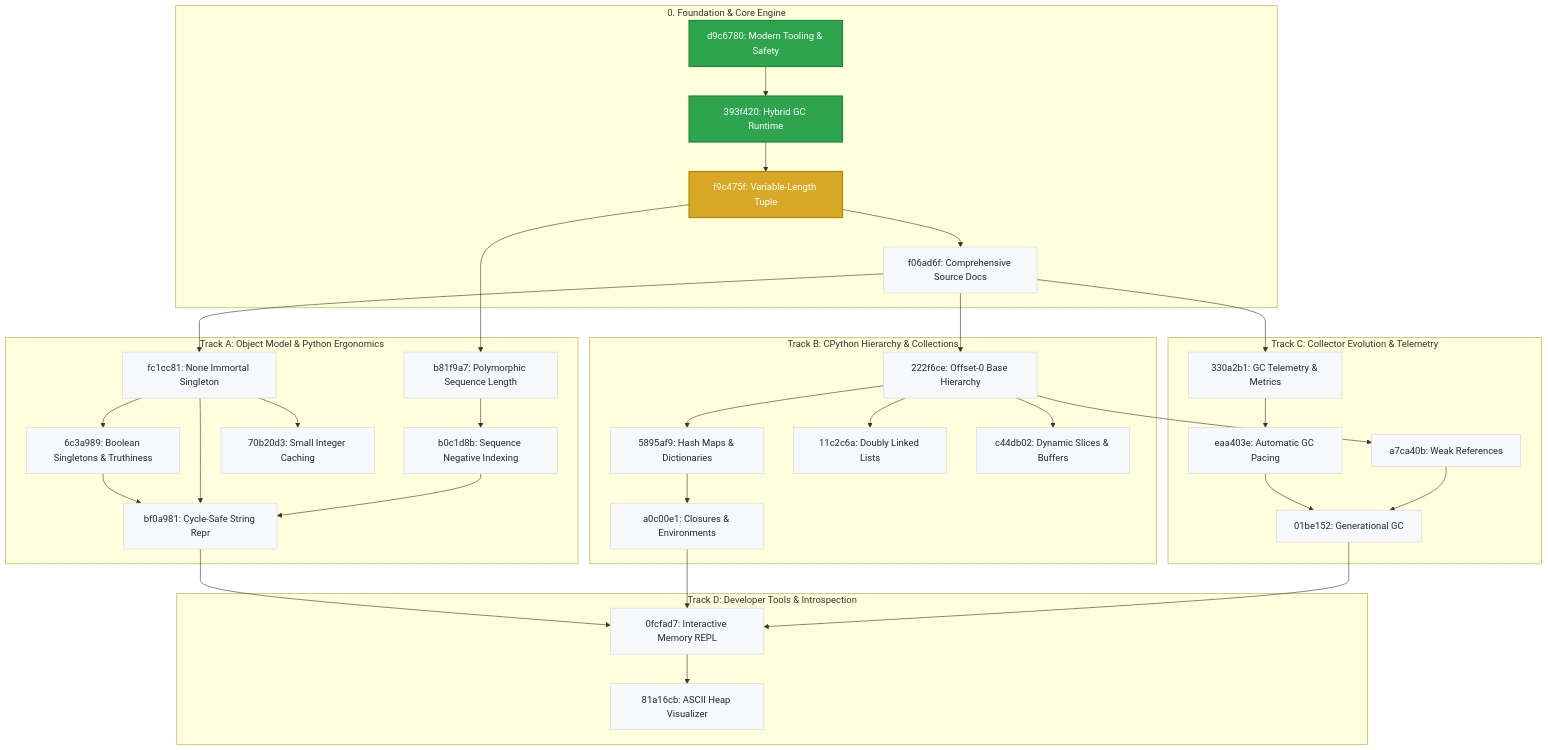
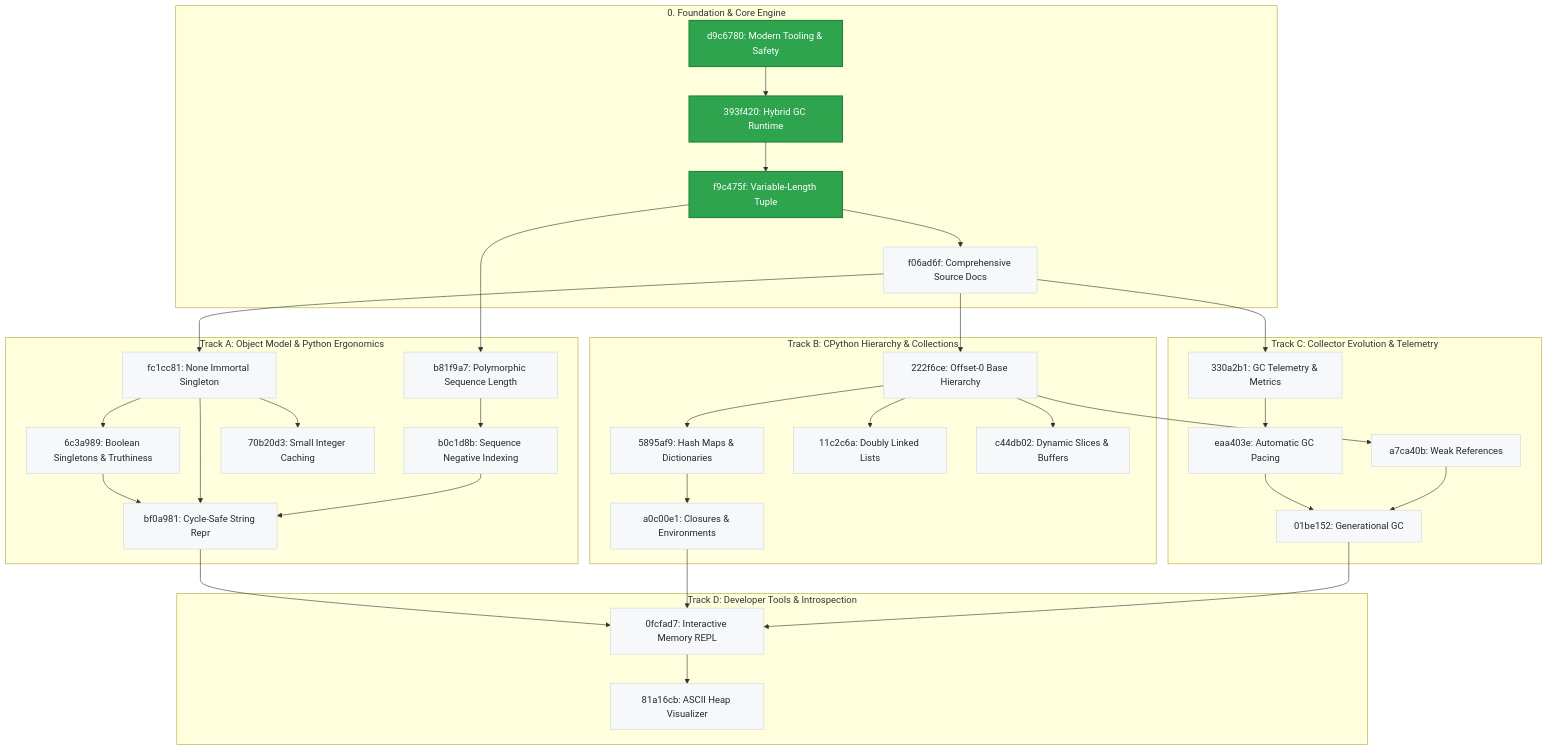
The diagram in roadmap/README.md (bwrob/trash-gather), drawn with Mermaid before and after one commit. The commit also changed other lines of this file and 16 other files, not shown here.

Commit message:
feat: variable-length tuples with contiguous flexible layouts and adversarial verification

````diff
--- a/roadmap/README.md
+++ b/roadmap/README.md
@@ -13,72 +13,72 @@
 ```mermaid
 flowchart TD
   classDef completed fill:#2ea44f,stroke:#22863a,color:#ffffff,stroke-width:2px;
   classDef inProgress fill:#d9a826,stroke:#b08800,color:#ffffff,stroke-width:2px;
   classDef planned fill:#f6f8fa,stroke:#d1d5da,color:#24292e,stroke-width:1px;
 
   subgraph Phase0 ["0. Foundation & Core Engine"]
     m_tooling["d9c6780: Modern Tooling & Safety"]:::completed
     m_hybrid["393f420: Hybrid GC Runtime"]:::completed
-    m_tuple["f9c475f: Variable-Length Tuple"]:::inProgress
+    m_tuple["f9c475f: Variable-Length Tuple"]:::completed
     m_doc["f06ad6f: Comprehensive Source Docs"]:::planned
   end
 
   subgraph TrackA ["Track A: Object Model & Python Ergonomics"]
     m_seqlen["b81f9a7: Polymorphic Sequence Length"]:::planned
     m_negidx["b0c1d8b: Sequence Negative Indexing"]:::planned
     m_none["fc1cc81: None Immortal Singleton"]:::planned
     m_bool["6c3a989: Boolean Singletons & Truthiness"]:::planned
     m_smallint["70b20d3: Small Integer Caching"]:::planned
     m_repr["bf0a981: Cycle-Safe String Repr"]:::planned
   end
 
   subgraph TrackB ["Track B: CPython Hierarchy & Collections"]
     m_offset0["222f6ce: Offset-0 Base Hierarchy"]:::planned
     m_dict["5895af9: Hash Maps & Dictionaries"]:::planned
     m_dll["11c2c6a: Doubly Linked Lists"]:::planned
     m_slice["c44db02: Dynamic Slices & Buffers"]:::planned
     m_closure["a0c00e1: Closures & Environments"]:::planned
   end
 
   subgraph TrackC ["Track C: Collector Evolution & Telemetry"]
     m_telem["330a2b1: GC Telemetry & Metrics"]:::planned
     m_pacing["eaa403e: Automatic GC Pacing"]:::planned
     m_weakref["a7ca40b: Weak References"]:::planned
     m_gen["01be152: Generational GC"]:::planned
   end
 
   subgraph TrackD ["Track D: Developer Tools & Introspection"]
     m_repl["0fcfad7: Interactive Memory REPL"]:::planned
     m_viz["81a16cb: ASCII Heap Visualizer"]:::planned
   end
 
   m_tooling --> m_hybrid
   m_hybrid --> m_tuple
   m_tuple --> m_doc
 
   m_tuple --> m_seqlen
   m_seqlen --> m_negidx
   m_doc --> m_none
   m_none --> m_bool
   m_none --> m_smallint
   m_bool --> m_repr
   m_none --> m_repr
   m_negidx --> m_repr
 
   m_doc --> m_offset0
   m_offset0 --> m_dict
   m_offset0 --> m_dll
   m_offset0 --> m_slice
   m_dict --> m_closure
 
   m_doc --> m_telem
   m_telem --> m_pacing
   m_offset0 --> m_weakref
   m_pacing --> m_gen
   m_weakref --> m_gen
 
   m_repr --> m_repl
   m_closure --> m_repl
   m_gen --> m_repl
   m_repl --> m_viz
 ```
````
